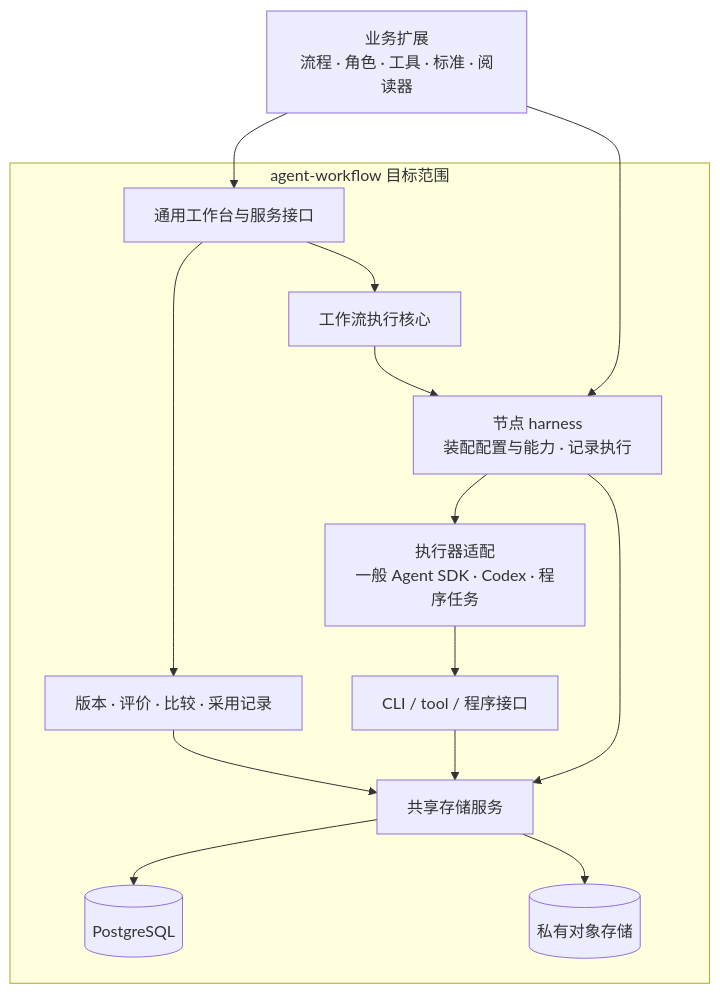
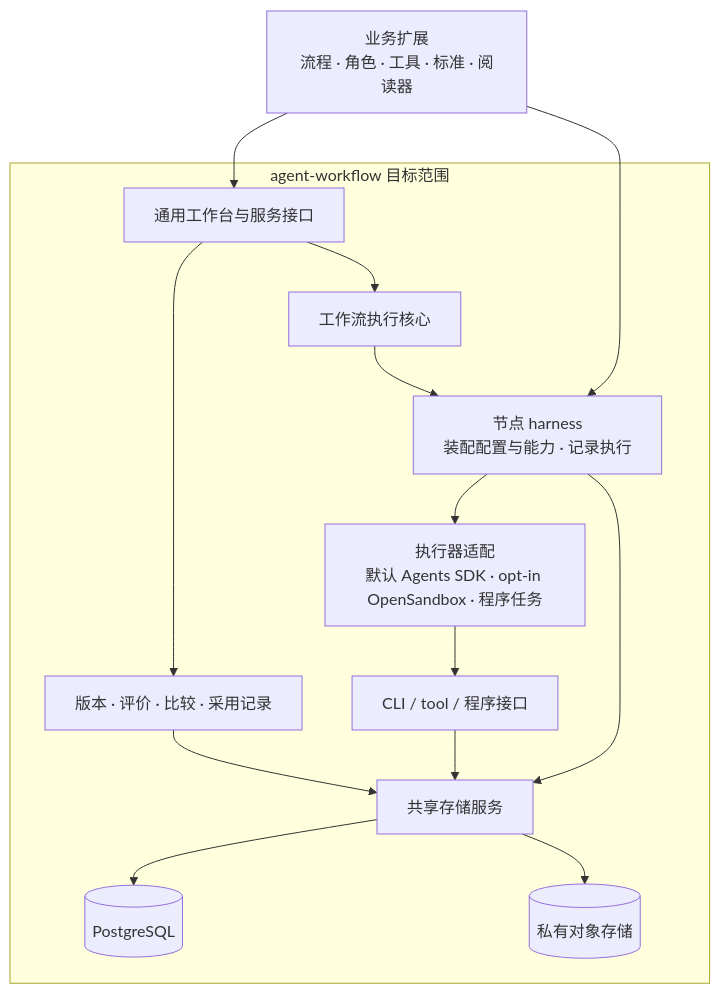
The diagram in docs/architecture.md (cyl19970726/agent-workflow), drawn with Mermaid before and after one commit. The commit also changed other lines of this file and 13 other files, not shown here.

````diff
--- a/docs/architecture.md
+++ b/docs/architecture.md
@@ -13,23 +13,23 @@
 ```mermaid
 flowchart TB
   B[业务扩展<br/>流程 · 角色 · 工具 · 标准 · 阅读器]
   subgraph AW[agent-workflow 目标范围]
     U[通用工作台与服务接口]
     I[版本 · 评价 · 比较 · 采用记录]
     H[节点 harness<br/>装配配置与能力 · 记录执行]
     C[工作流执行核心]
-    E[执行器适配<br/>一般 Agent SDK · Codex · 程序任务]
+    E[执行器适配<br/>默认 Agents SDK · opt-in OpenSandbox · 程序任务]
     A[CLI / tool / 程序接口]
     D[共享存储服务]
     P[(PostgreSQL)]
     O[(私有对象存储)]
     U --> C --> H --> E
     U --> I --> D
     E --> A --> D
     H --> D
     D --> P
     D --> O
   end
   B --> U
   B --> H
 ```
````
